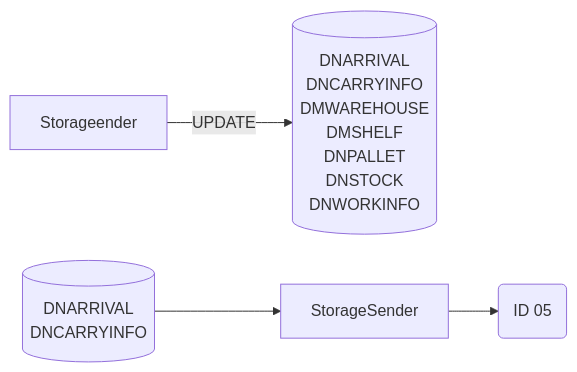
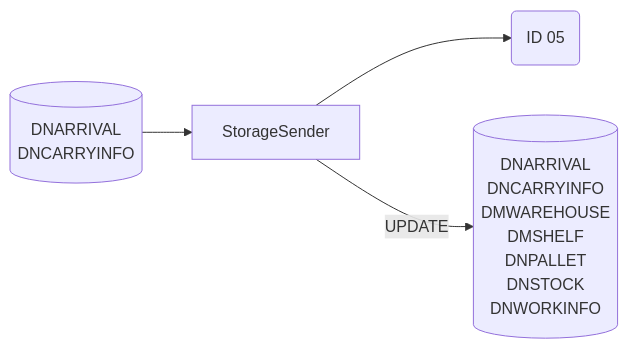
The seventh of 23 diagrams in Basic-Design/DFD-WMS/Retrieval/QC-Setting/QC-Work-from-Retrieval-for-QC-Start.md (luthfiadityaa/SimeDarby-Wiki), drawn with Mermaid before and after one commit.

Commit message:
Updated QC Work from Retrieval for QC Start

```diff
--- a/Basic-Design/DFD-WMS/Retrieval/QC-Setting/QC-Work-from-Retrieval-for-QC-Start.md
+++ b/Basic-Design/DFD-WMS/Retrieval/QC-Setting/QC-Work-from-Retrieval-for-QC-Start.md
@@ -204,23 +204,23 @@
 ::: mermaid
 flowchart LR
 automaticmodechangesender-update[("
 DNARRIVAL
 DNCARRYINFO
 DMWAREHOUSE
 DMSHELF
 DNPALLET
 DNSTOCK
 DNWORKINFO
 ")]
 automaticmodechangesender-input[("
 DNARRIVAL
 DNCARRYINFO
 ")]
 
 id05msg("
 ID 05
 ")
 
 automaticmodechangesender-input-->StorageSender-->id05msg
-Storageender--> |UPDATE| automaticmodechangesender-update
+StorageSender--> |UPDATE| automaticmodechangesender-update
 :::
```
